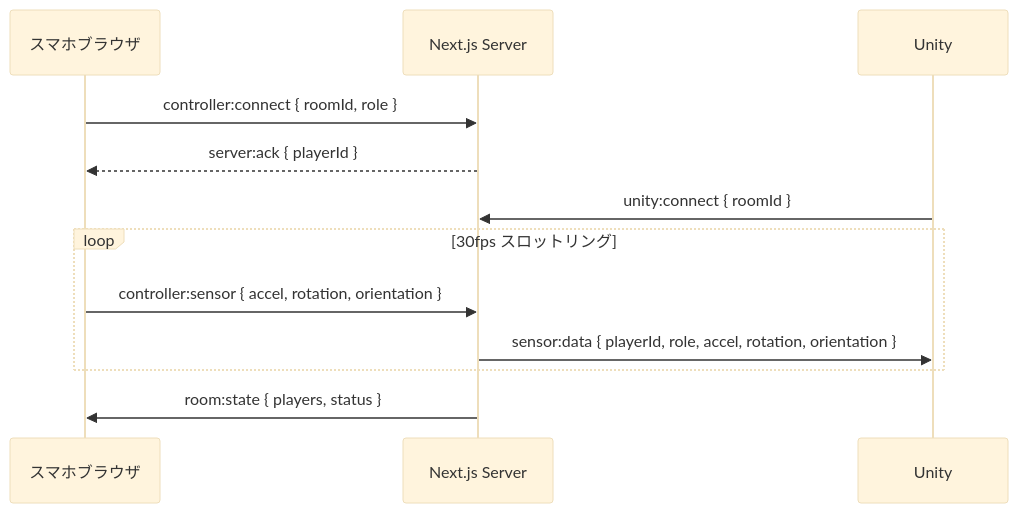
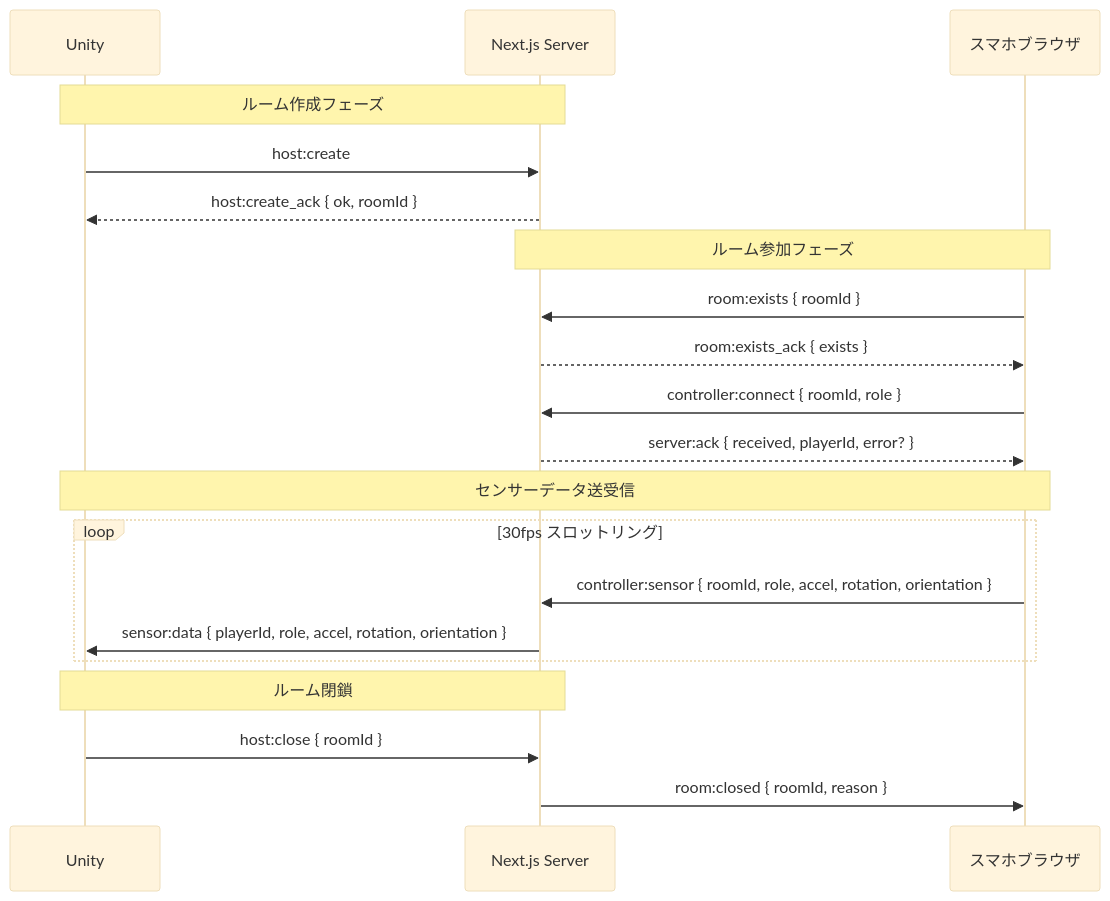
Before and after one commit to guriguri00451/alounity: the second of 2 diagrams in docs/03_Architecture.md, drawn with Mermaid (base theme). The commit also changed other lines of this file and 3 other files, not shown here.

````diff
--- a/docs/03_Architecture.md
+++ b/docs/03_Architecture.md
@@ -54,17 +55,27 @@
 ```mermaid
 sequenceDiagram
+    participant U as Unity
+    participant S as Next.js Server
     participant P as スマホブラウザ
-    participant S as Next.js Server
-    participant U as Unity
+
+    Note over U,S: ルーム作成フェーズ
+    U->>S: host:create
+    S-->>U: host:create_ack { ok, roomId }
+
+    Note over P,S: ルーム参加フェーズ
+    P->>S: room:exists { roomId }
+    S-->>P: room:exists_ack { exists }
 
     P->>S: controller:connect { roomId, role }
-    S-->>P: server:ack { playerId }
-    U->>S: unity:connect { roomId }
+    S-->>P: server:ack { received, playerId, error? }
 
+    Note over P,U: センサーデータ送受信
     loop 30fps スロットリング
-        P->>S: controller:sensor { accel, rotation, orientation }
+        P->>S: controller:sensor { roomId, role, accel, rotation, orientation }
         S->>U: sensor:data { playerId, role, accel, rotation, orientation }
     end
 
-    S->>P: room:state { players, status }
+    Note over U,S: ルーム閉鎖
+    U->>S: host:close { roomId }
+    S->>P: room:closed { roomId, reason }
 ```
````
